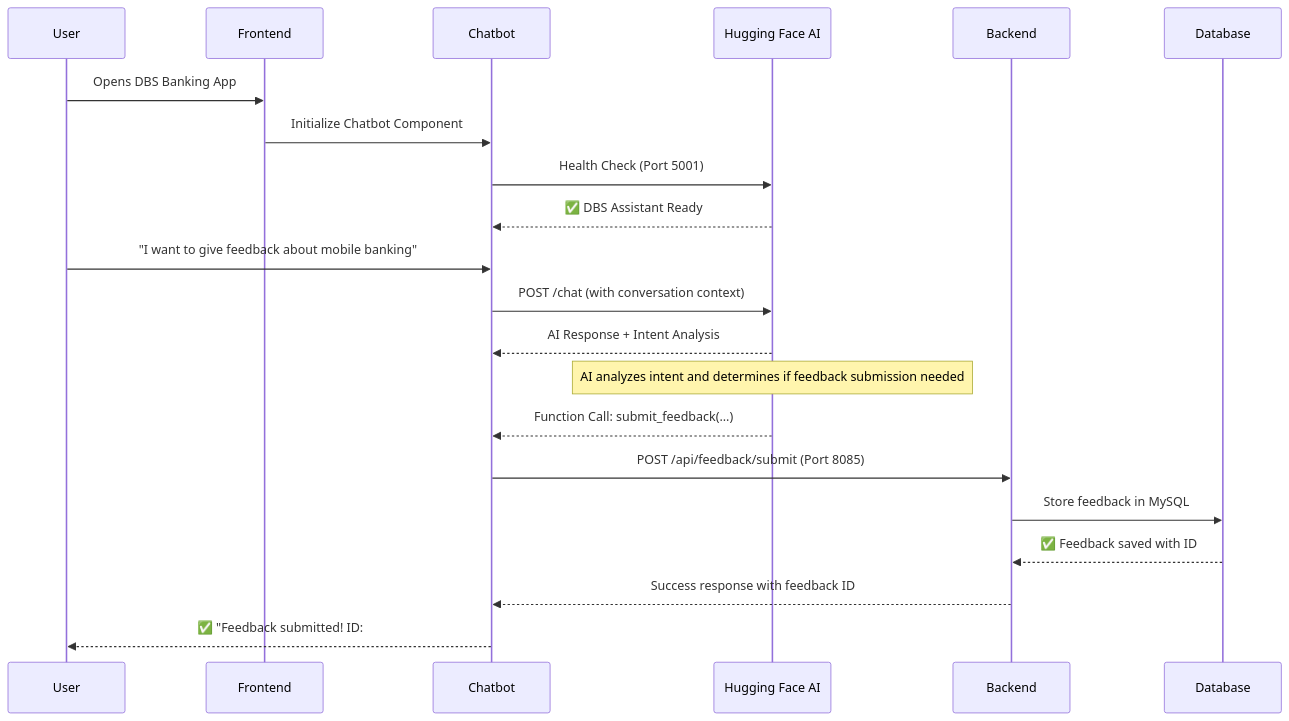
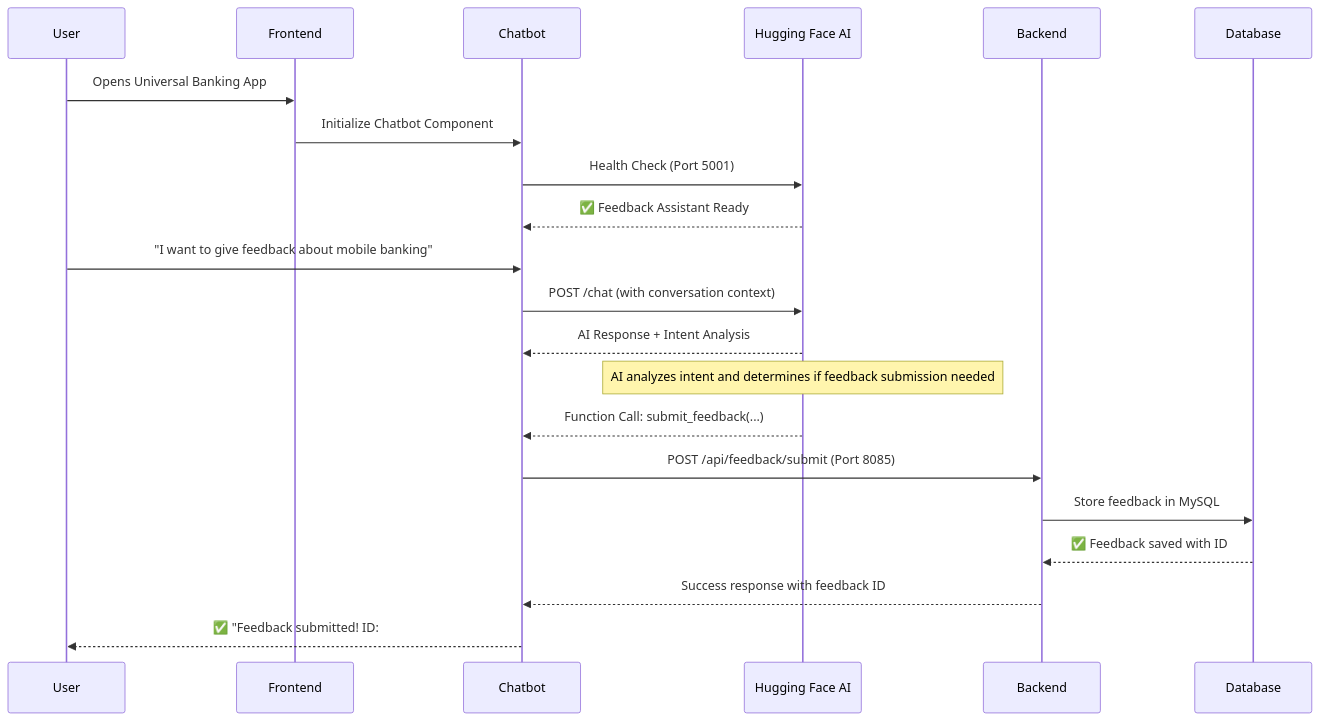
The diagram in DBS-Feedback-System/INTEGRATION_COMPLETE.md (venkat210105/dbs_devops2), drawn with Mermaid before and after one commit. The commit also changed other lines of this file and 166 other files, not shown here.

````diff
--- a/DBS-Feedback-System/INTEGRATION_COMPLETE.md
+++ b/DBS-Feedback-System/INTEGRATION_COMPLETE.md
@@ -45,27 +45,27 @@
 ```mermaid
 sequenceDiagram
     participant User
     participant Frontend
     participant Chatbot
     participant HF as Hugging Face AI
     participant Backend
     participant DB as Database
 
-    User->>Frontend: Opens DBS Banking App
+    User->>Frontend: Opens Universal Banking App
     Frontend->>Chatbot: Initialize Chatbot Component
     Chatbot->>HF: Health Check (Port 5001)
-    HF-->>Chatbot: ✅ DBS Assistant Ready
+    HF-->>Chatbot: ✅ Feedback Assistant Ready
 
     User->>Chatbot: "I want to give feedback about mobile banking"
     Chatbot->>HF: POST /chat (with conversation context)
     HF-->>Chatbot: AI Response + Intent Analysis
     
     Note over HF: AI analyzes intent and determines if feedback submission needed
     
     HF-->>Chatbot: Function Call: submit_feedback(...)
     Chatbot->>Backend: POST /api/feedback/submit (Port 8085)
     Backend->>DB: Store feedback in MySQL
     DB-->>Backend: ✅ Feedback saved with ID
     Backend-->>Chatbot: Success response with feedback ID
     Chatbot-->>User: ✅ "Feedback submitted! ID: #12345"
 ```
````
